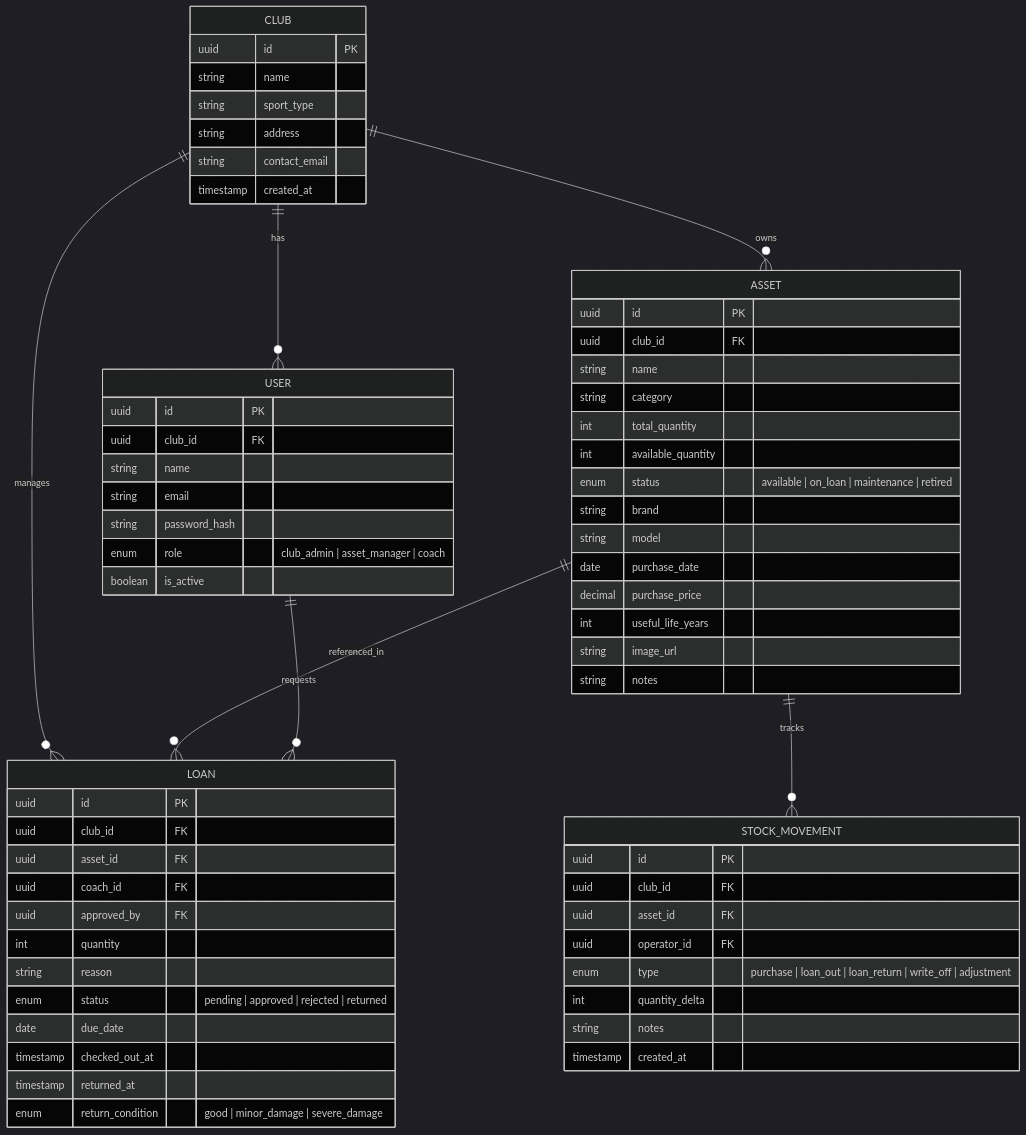
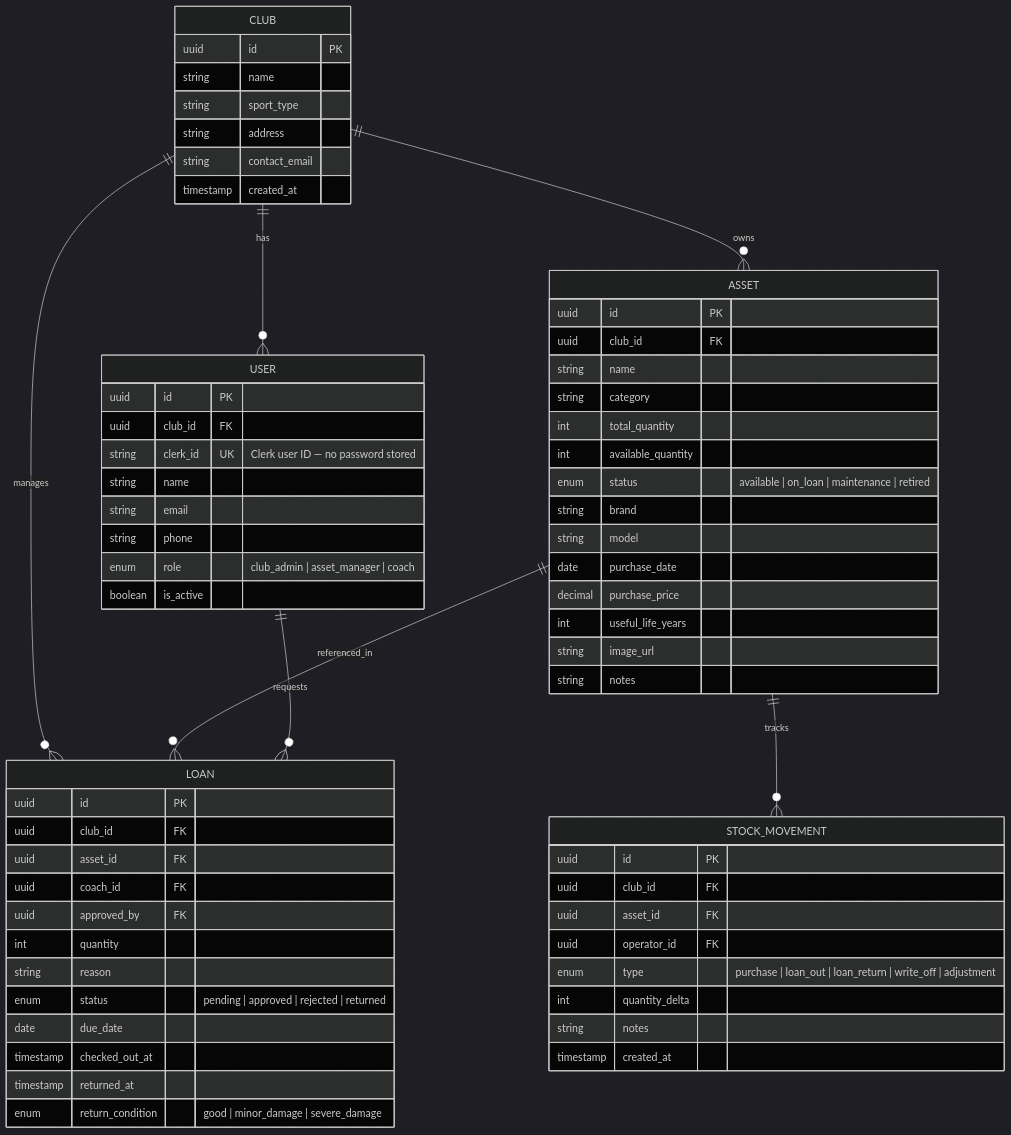
One commit to Hansenyao/sportstock changed the second of 7 diagrams in docs/system-design.md. Above: the diagram before and after it, drawn with Mermaid (dark theme). The commit also changed other lines of this file and 4 other files, not shown here.

Commit message:
update auth flow design

````diff
--- a/docs/system-design.md
+++ b/docs/system-design.md
@@ -56,71 +62,72 @@
 ```mermaid
 erDiagram
     CLUB {
         uuid id PK
         string name
         string sport_type
         string address
         string contact_email
         timestamp created_at
     }
 
     USER {
         uuid id PK
         uuid club_id FK
+        string clerk_id UK "Clerk user ID — no password stored"
         string name
         string email
-        string password_hash
+        string phone
         enum role "club_admin | asset_manager | coach"
         boolean is_active
     }
 
     ASSET {
         uuid id PK
         uuid club_id FK
         string name
         string category
         int total_quantity
         int available_quantity
         enum status "available | on_loan | maintenance | retired"
         string brand
         string model
         date purchase_date
         decimal purchase_price
         int useful_life_years
         string image_url
         string notes
     }
 
     LOAN {
         uuid id PK
         uuid club_id FK
         uuid asset_id FK
         uuid coach_id FK
         uuid approved_by FK
         int quantity
         string reason
         enum status "pending | approved | rejected | returned"
         date due_date
         timestamp checked_out_at
         timestamp returned_at
         enum return_condition "good | minor_damage | severe_damage"
     }
 
     STOCK_MOVEMENT {
         uuid id PK
         uuid club_id FK
         uuid asset_id FK
         uuid operator_id FK
         enum type "purchase | loan_out | loan_return | write_off | adjustment"
         int quantity_delta
         string notes
         timestamp created_at
     }
 
     CLUB ||--o{ USER : has
     CLUB ||--o{ ASSET : owns
     CLUB ||--o{ LOAN : manages
     ASSET ||--o{ LOAN : referenced_in
     ASSET ||--o{ STOCK_MOVEMENT : tracks
     USER ||--o{ LOAN : requests
 ```
````
